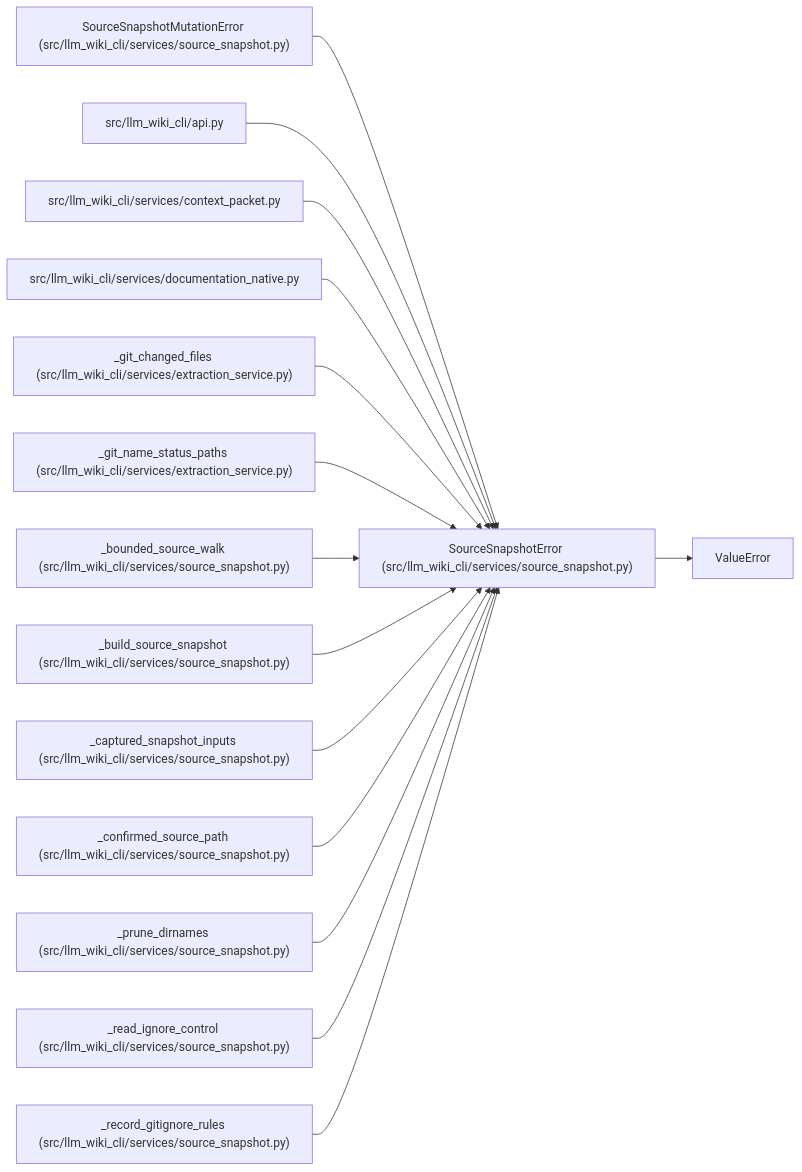
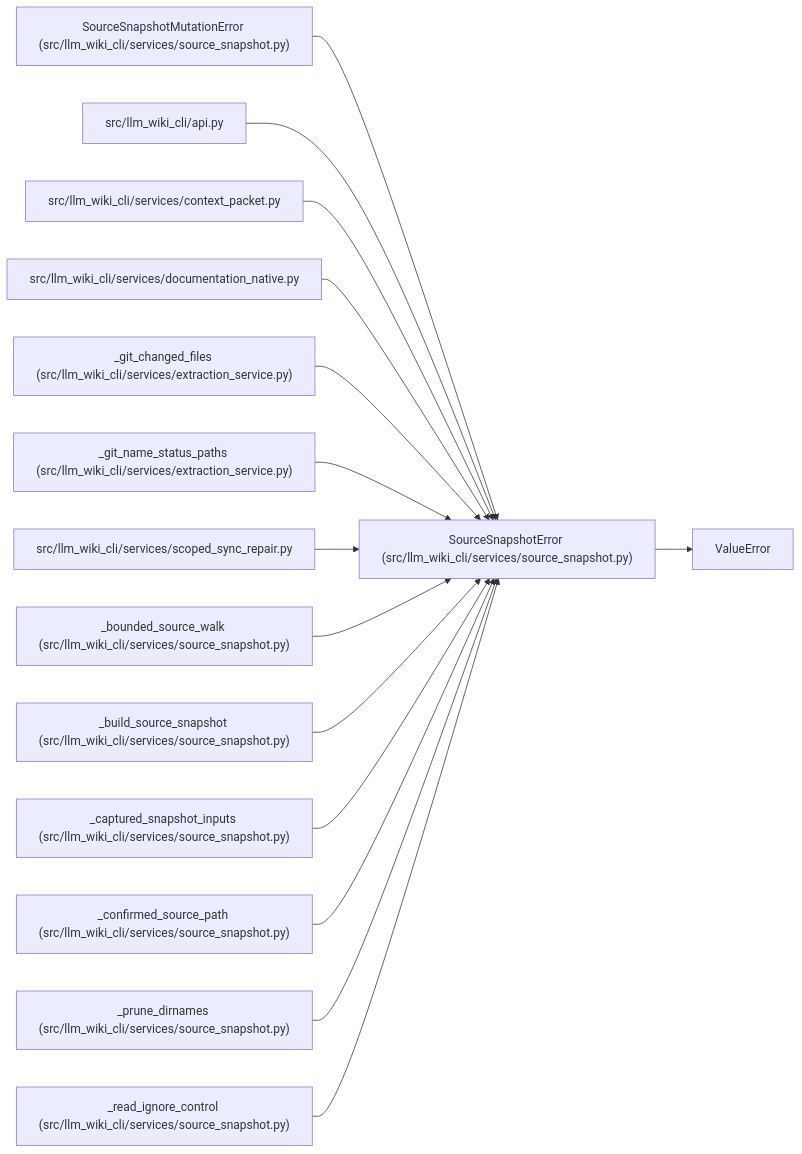
One commit to Denissvgn/python-wiki-llm changed the diagram in docs/llm_wiki/entities/SourceSnapshotError.md. Above: the diagram before and after it, drawn with Mermaid. The commit also changed other lines of this file and 775 other files, not shown here.

````diff
--- a/docs/llm_wiki/entities/SourceSnapshotError.md
+++ b/docs/llm_wiki/entities/SourceSnapshotError.md
@@ -25,46 +25,46 @@
 ```mermaid
 flowchart LR
     n0["SourceSnapshotError (src/llm_wiki_cli/services/source_snapshot.py)"]
     n1["ValueError"]
     n2["SourceSnapshotMutationError (src/llm_wiki_cli/services/source_snapshot.py)"]
     n3["src/llm_wiki_cli/api.py"]
     n4["src/llm_wiki_cli/services/context_packet.py"]
     n5["src/llm_wiki_cli/services/documentation_native.py"]
     n6["_git_changed_files (src/llm_wiki_cli/services/extraction_service.py)"]
     n7["_git_name_status_paths (src/llm_wiki_cli/services/extraction_service.py)"]
-    n8["_bounded_source_walk (src/llm_wiki_cli/services/source_snapshot.py)"]
-    n9["_build_source_snapshot (src/llm_wiki_cli/services/source_snapshot.py)"]
-    n10["_captured_snapshot_inputs (src/llm_wiki_cli/services/source_snapshot.py)"]
-    n11["_confirmed_source_path (src/llm_wiki_cli/services/source_snapshot.py)"]
-    n12["_prune_dirnames (src/llm_wiki_cli/services/source_snapshot.py)"]
-    n13["_read_ignore_control (src/llm_wiki_cli/services/source_snapshot.py)"]
-    n14["_record_gitignore_rules (src/llm_wiki_cli/services/source_snapshot.py)"]
+    n8["src/llm_wiki_cli/services/scoped_sync_repair.py"]
+    n9["_bounded_source_walk (src/llm_wiki_cli/services/source_snapshot.py)"]
+    n10["_build_source_snapshot (src/llm_wiki_cli/services/source_snapshot.py)"]
+    n11["_captured_snapshot_inputs (src/llm_wiki_cli/services/source_snapshot.py)"]
+    n12["_confirmed_source_path (src/llm_wiki_cli/services/source_snapshot.py)"]
+    n13["_prune_dirnames (src/llm_wiki_cli/services/source_snapshot.py)"]
+    n14["_read_ignore_control (src/llm_wiki_cli/services/source_snapshot.py)"]
     n0 --> n1
     n2 --> n0
     n3 --> n0
     n4 --> n0
     n5 --> n0
     n6 --> n0
     n7 --> n0
     n8 --> n0
     n9 --> n0
     n10 --> n0
     n11 --> n0
     n12 --> n0
     n13 --> n0
     n14 --> n0
     click n0 "../modules/source_snapshot.md"
     click n2 "../modules/source_snapshot.md"
     click n3 "../modules/api.md"
     click n4 "../modules/context_packet.md"
     click n5 "../modules/documentation_native.md"
     click n6 "../modules/extraction_service.md"
     click n7 "../modules/extraction_service.md"
-    click n8 "../modules/source_snapshot.md"
+    click n8 "../modules/scoped_sync_repair.md"
     click n9 "../modules/source_snapshot.md"
     click n10 "../modules/source_snapshot.md"
     click n11 "../modules/source_snapshot.md"
     click n12 "../modules/source_snapshot.md"
     click n13 "../modules/source_snapshot.md"
     click n14 "../modules/source_snapshot.md"
 ```
````
